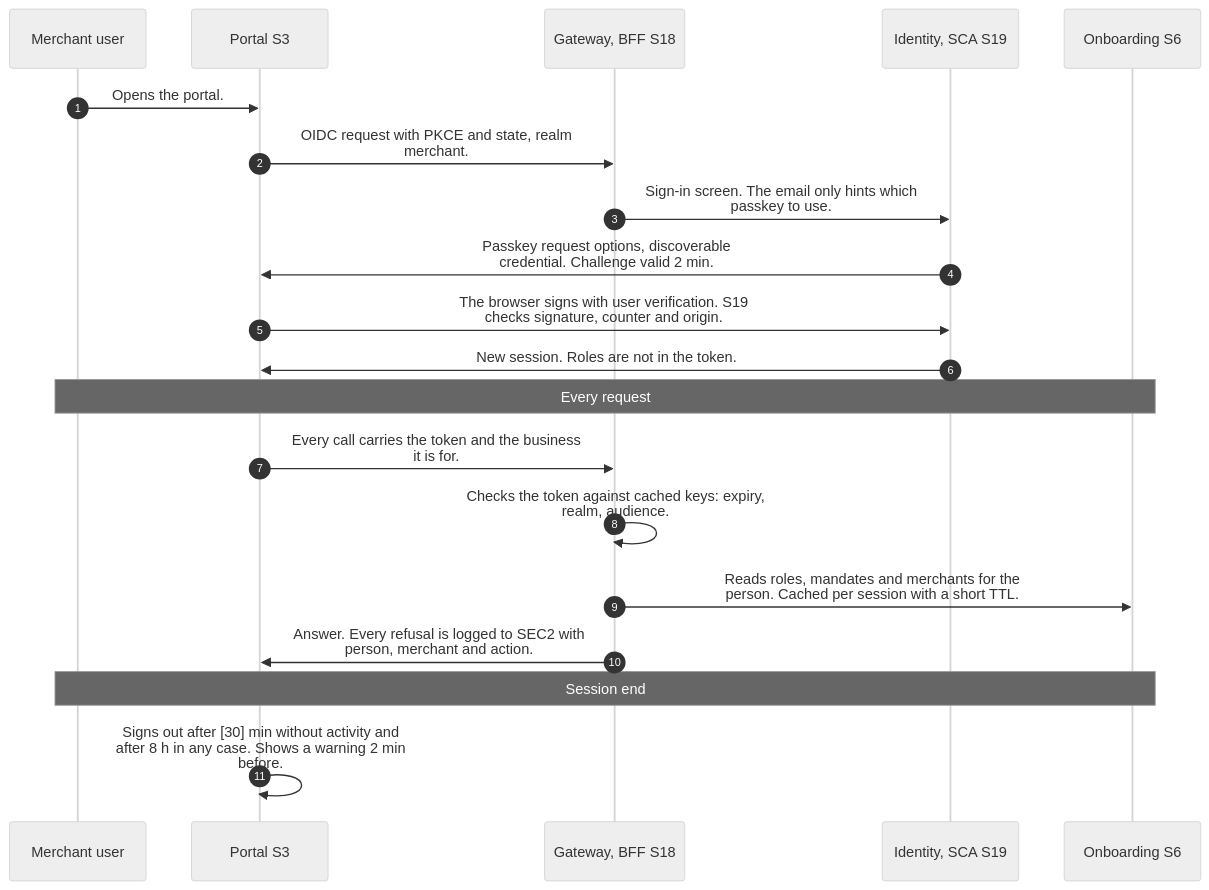
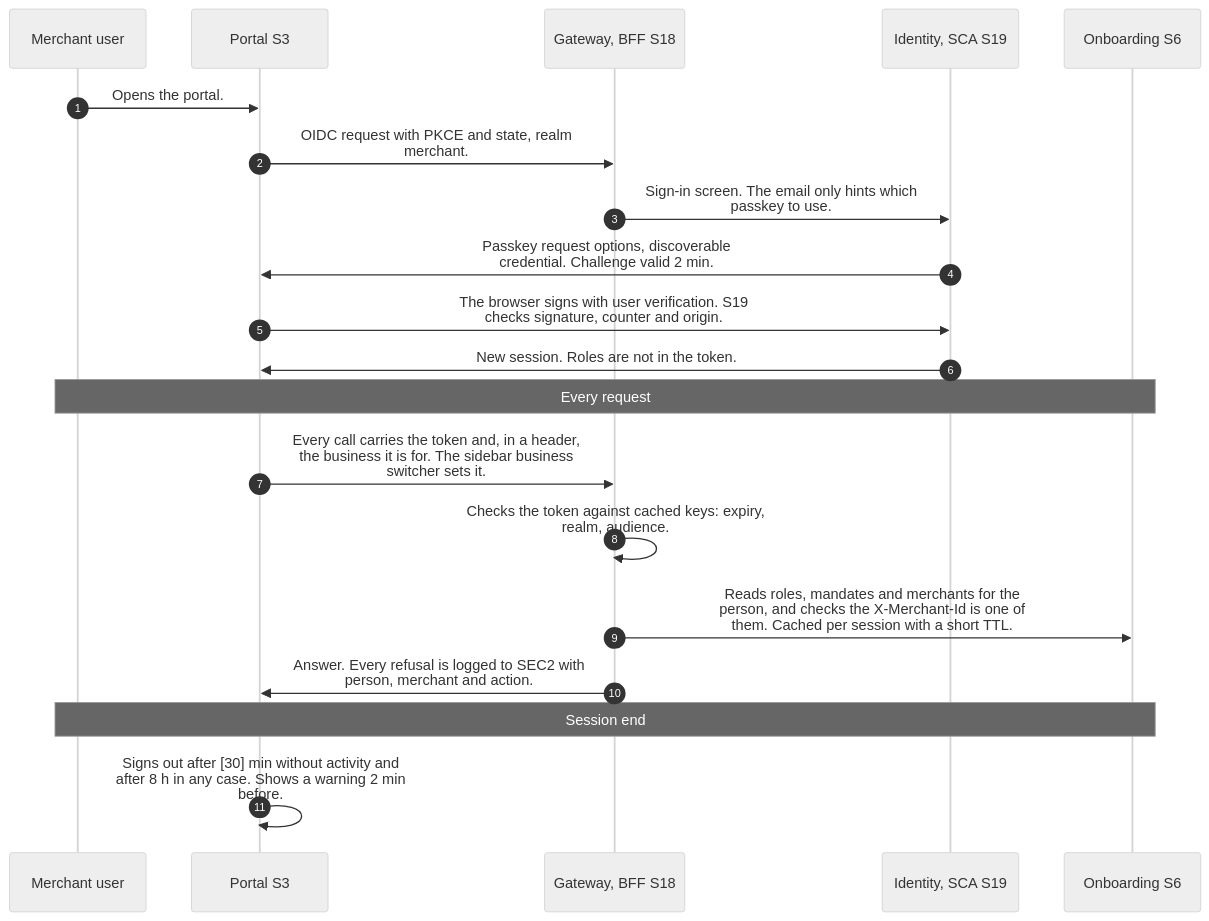
The first of 2 diagrams in docs/workflows/MP-02-sign-in-switch-business-and-check-rights.md (paytinno/merchant-portal-workflows), drawn with Mermaid (neutral theme) before and after one commit. The commit also changed other lines of this file and 36 other files, not shown here.

````diff
--- a/docs/workflows/MP-02-sign-in-switch-business-and-check-rights.md
+++ b/docs/workflows/MP-02-sign-in-switch-business-and-check-rights.md
@@ -21,22 +21,22 @@
 ```mermaid
 sequenceDiagram
   autonumber
   participant MER as Merchant user
   participant S3 as Portal S3
   participant S18 as Gateway, BFF S18
   participant S19 as Identity, SCA S19
   participant S6 as Onboarding S6
   MER->>S3: Opens the portal.
   S3->>S18: OIDC request with PKCE and state, realm<br/>merchant.
   S18->>S19: Sign-in screen. The email only hints which<br/>passkey to use.
   S19->>S3: Passkey request options, discoverable<br/>credential. Challenge valid 2 min.
   S3->>S19: The browser signs with user verification. S19<br/>checks signature, counter and origin.
   S19->>S3: New session. Roles are not in the token.
   Note over MER,S6: Every request
-  S3->>S18: Every call carries the token and the business<br/>it is for.
+  S3->>S18: Every call carries the token and, in a header,<br/>the business it is for. The sidebar business<br/>switcher sets it.
   S18->>S18: Checks the token against cached keys: expiry,<br/>realm, audience.
-  S18->>S6: Reads roles, mandates and merchants for the<br/>person. Cached per session with a short TTL.
+  S18->>S6: Reads roles, mandates and merchants for the<br/>person, and checks the X-Merchant-Id is one of<br/>them. Cached per session with a short TTL.
   S18->>S3: Answer. Every refusal is logged to SEC2 with<br/>person, merchant and action.
   Note over MER,S6: Session end
   S3->>S3: Signs out after [30] min without activity and<br/>after 8 h in any case. Shows a warning 2 min<br/>before.
 ```
````
